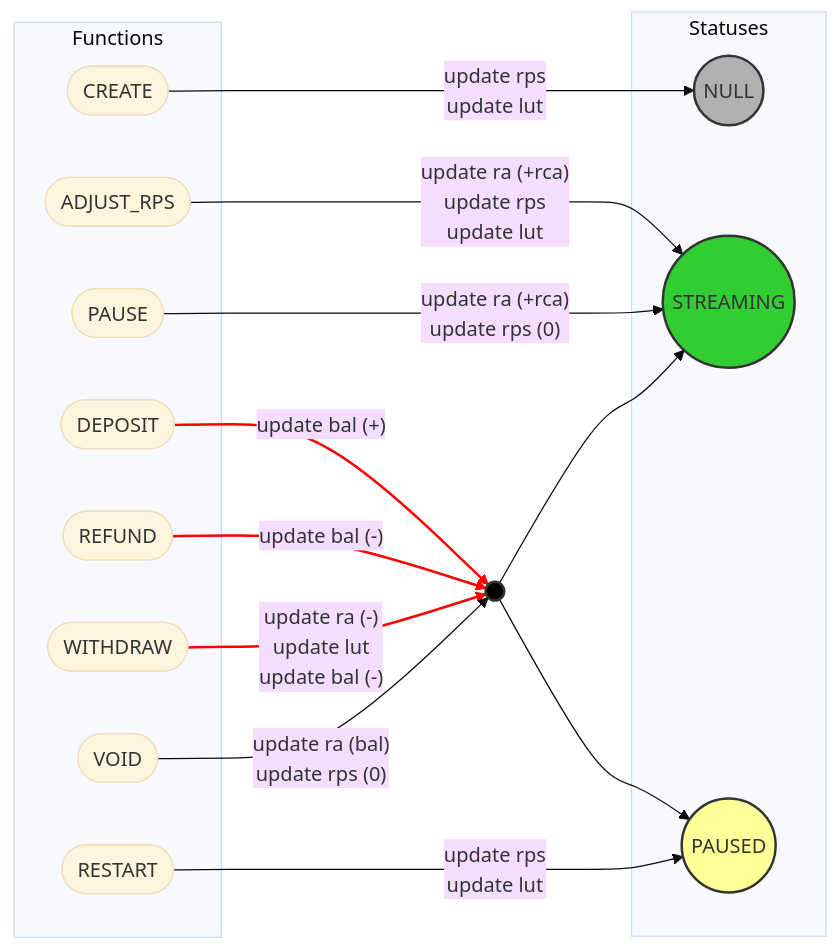
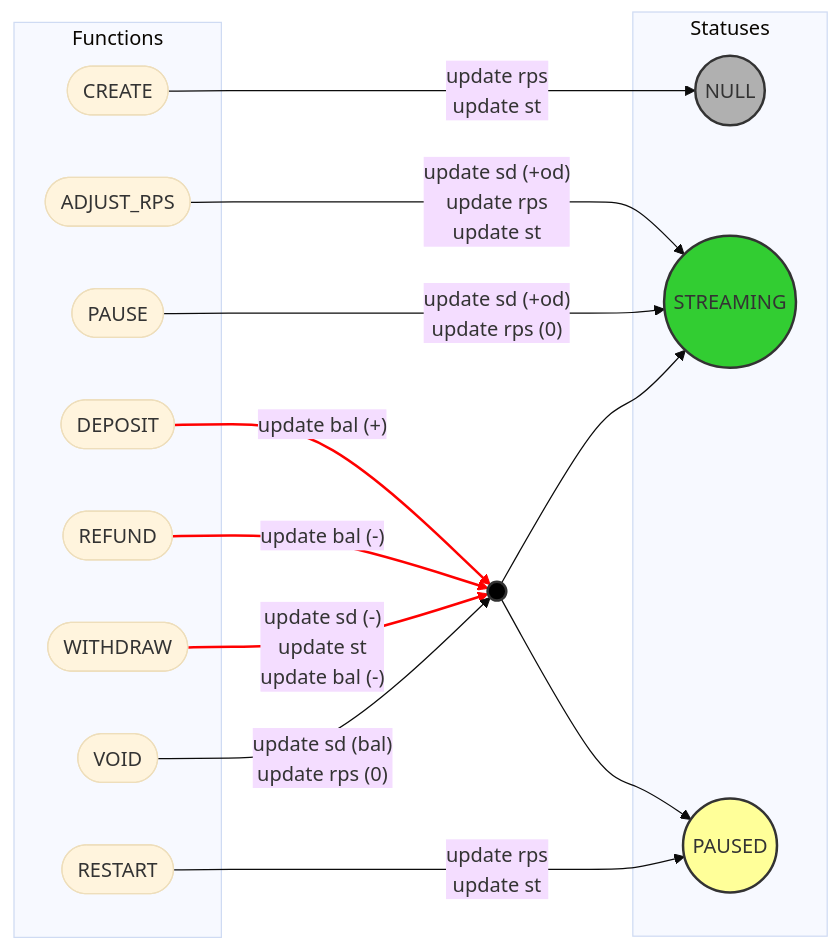
The second of 8 diagrams in diagrams.md (sablier-labs/flow), drawn with Mermaid (base theme) before and after one commit. The commit also changed other lines of this file and 3 other files, not shown here.

Commit message:
docs: update README and diagrams

````diff
--- a/diagrams.md
+++ b/diagrams.md
@@ -71,46 +71,46 @@
 ```mermaid
 flowchart LR
     subgraph Statuses
         NULL((NULL)):::grey
         STR((STREAMING)):::green
         PSED((PAUSED)):::yellow
     end
 
 
     subgraph Functions
         CR([CREATE])
         ADJRPS([ADJUST_RPS])
         DP([DEPOSIT])
         WTD([WITHDRAW])
         RFD([REFUND])
         RST([RESTART])
         PS([PAUSE])
         VD([VOID])
     end
 
     BOTH((  )):::black
 
     classDef grey fill:#b0b0b0,stroke:#333,stroke-width:2px;
     classDef green fill:#32cd32,stroke:#333,stroke-width:2px;
     classDef yellow fill:#ffff99,stroke:#333,stroke-width:2px;
     classDef black fill:#000000,stroke:#333,stroke-width:2px;
 
-    CR -- "update rps\nupdate lut" --> NULL
-    ADJRPS -- "update ra (+rca)\nupdate rps\nupdate lut" -->  STR
+    CR -- "update rps\nupdate st" --> NULL
+    ADJRPS -- "update sd (+od)\nupdate rps\nupdate st" -->  STR
 
     DP -- "update bal (+)" --> BOTH
 
     RFD -- "update bal (-)" --> BOTH
 
-    WTD -- "update ra (-) \nupdate lut\nupdate bal (-)" --> BOTH
+    WTD -- "update sd (-) \nupdate st\nupdate bal (-)" --> BOTH
 
-    VD -- "update ra (bal)\nupdate rps (0)" --> BOTH
+    VD -- "update sd (bal)\nupdate rps (0)" --> BOTH
 
-    PS -- "update ra (+rca)\nupdate rps (0)" --> STR
+    PS -- "update sd (+od)\nupdate rps (0)" --> STR
 
     BOTH --> STR & PSED
 
-    RST -- "update rps \nupdate lut" --> PSED
+    RST -- "update rps \nupdate st" --> PSED
 
     linkStyle 2,3,4 stroke:#ff0000,stroke-width:2px
 ```
````
